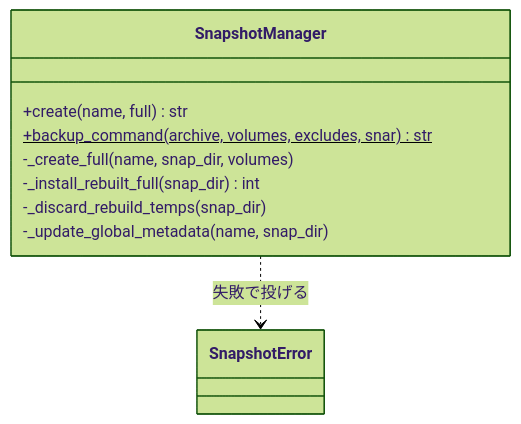
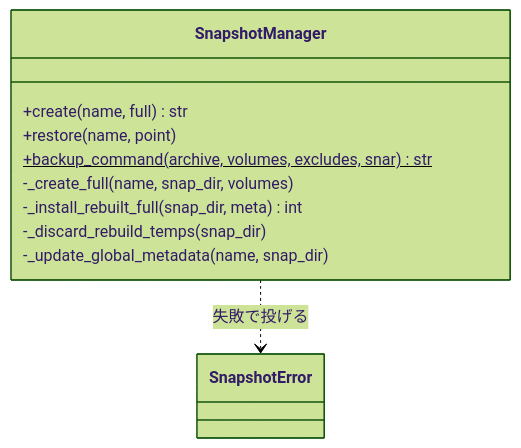
The second of 4 diagrams in issues/issue-458-design.md (devbasex/devbase), drawn with Mermaid (forest theme) before and after one commit. The commit also changed other lines of this file, not shown here.

First line of the commit message:
Docs: #458 の設計で作り直しの途中の full と meta.yml の組の食い違いを復元させない

````diff
--- a/issues/issue-458-design.md
+++ b/issues/issue-458-design.md
@@ -154,13 +158,14 @@
 ```mermaid
 classDiagram
     class SnapshotManager {
         +create(name, full) str
+        +restore(name, point)
         +backup_command(archive, volumes, excludes, snar)$ str
         -_create_full(name, snap_dir, volumes)
-        -_install_rebuilt_full(snap_dir) int
+        -_install_rebuilt_full(snap_dir, meta) int
         -_discard_rebuild_temps(snap_dir)
         -_update_global_metadata(name, snap_dir)
     }
     class SnapshotError
     SnapshotManager ..> SnapshotError : 失敗で投げる
 ```
````
